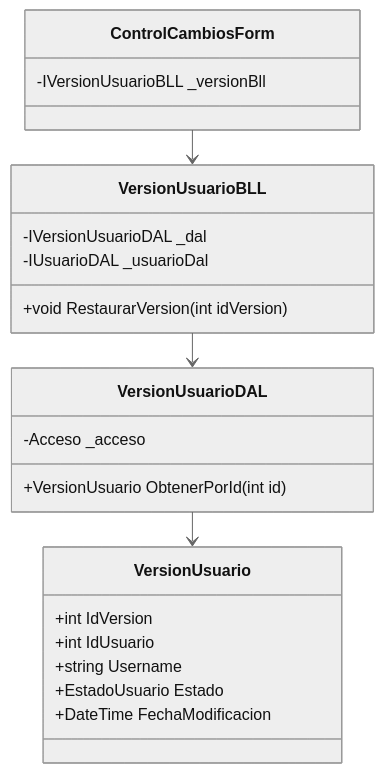
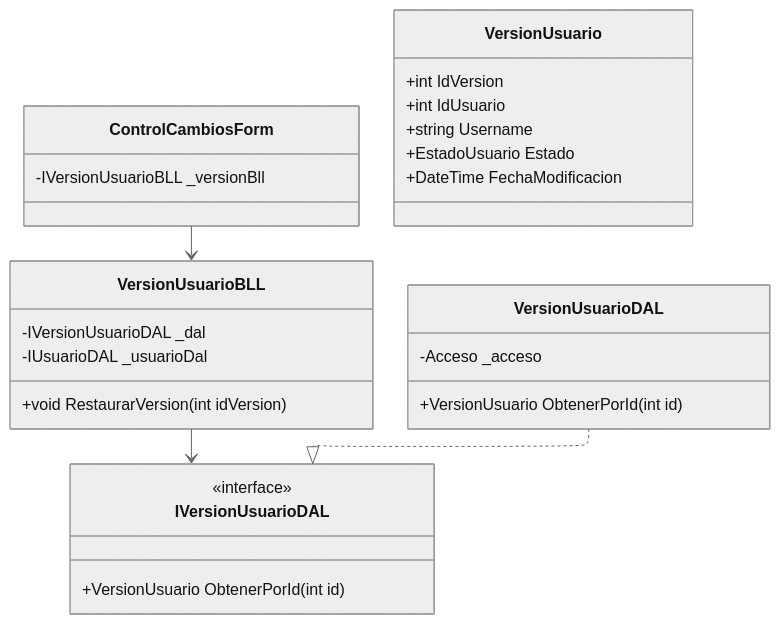
Diagram 15 of 25 in Documentacion/diagrams_code.md (LautiSmyth/Stach), drawn with Mermaid (neutral theme) before and after one commit. The commit also changed other lines of this file, not shown here.

Commit message:
Doc: Update sequence and module class diagrams to explicitly include the Abstracciones layer interfaces and IoCContainer

````diff
--- a/Documentacion/diagrams_code.md
+++ b/Documentacion/diagrams_code.md
@@ -411,29 +498,33 @@
 ```mermaid
 ---
 config:
   layout: elk
 ---
 classDiagram
     class ControlCambiosForm {
         -IVersionUsuarioBLL _versionBll
     }
     class VersionUsuarioBLL {
         -IVersionUsuarioDAL _dal
         -IUsuarioDAL _usuarioDal
         +void RestaurarVersion(int idVersion)
     }
+    class IVersionUsuarioDAL {
+        <<interface>>
+        +VersionUsuario ObtenerPorId(int id)
+    }
     class VersionUsuarioDAL {
         -Acceso _acceso
         +VersionUsuario ObtenerPorId(int id)
     }
     class VersionUsuario {
         +int IdVersion
         +int IdUsuario
         +string Username
         +EstadoUsuario Estado
         +DateTime FechaModificacion
     }
     ControlCambiosForm --> VersionUsuarioBLL
-    VersionUsuarioBLL --> VersionUsuarioDAL
-    VersionUsuarioDAL --> VersionUsuario
+    VersionUsuarioBLL --> IVersionUsuarioDAL
+    VersionUsuarioDAL ..|> IVersionUsuarioDAL
 ```
````
